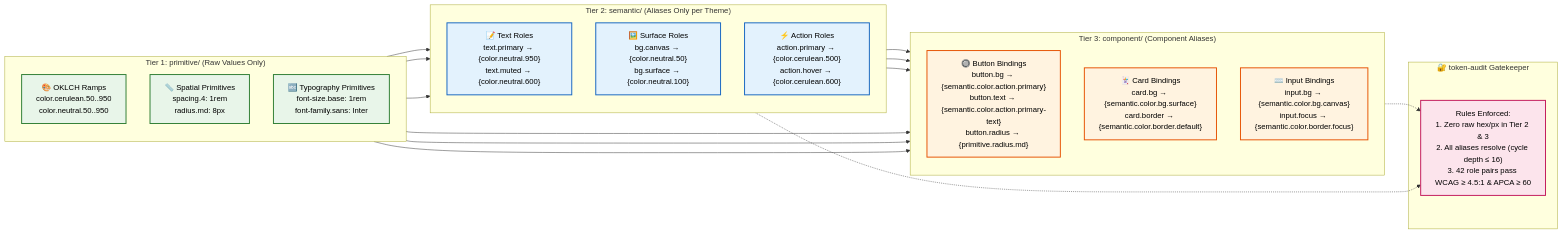
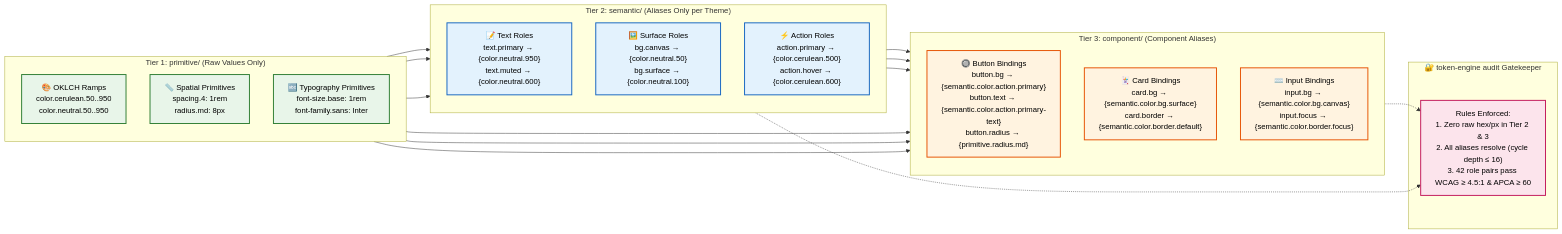
One commit to kamishino/token-engine-builder changed the third of 3 diagrams in ARCHITECTURE.md. Above: the diagram before and after it, drawn with Mermaid. The commit also changed other lines of this file and 139 other files, not shown here.

First line of the commit message:
refactor(skills): prune legacy skills and standardize on v2 architecture

````diff
--- a/ARCHITECTURE.md
+++ b/ARCHITECTURE.md
@@ -151,50 +152,50 @@
 ```mermaid
 graph LR
     subgraph Tier1 ["Tier 1: primitive/ (Raw Values Only)"]
         direction TB
         Ramps["🎨 OKLCH Ramps<br/>color.cerulean.50..950<br/>color.neutral.50..950"]
         Dims["📏 Spatial Primitives<br/>spacing.4: 1rem<br/>radius.md: 8px"]
         Type["🔤 Typography Primitives<br/>font-size.base: 1rem<br/>font-family.sans: Inter"]
     end
 
     subgraph Tier2 ["Tier 2: semantic/ (Aliases Only per Theme)"]
         direction TB
         SemText["📝 Text Roles<br/>text.primary → {color.neutral.950}<br/>text.muted → {color.neutral.600}"]
         SemBg["🖼️ Surface Roles<br/>bg.canvas → {color.neutral.50}<br/>bg.surface → {color.neutral.100}"]
         SemAction["⚡ Action Roles<br/>action.primary → {color.cerulean.500}<br/>action.hover → {color.cerulean.600}"]
     end
 
     subgraph Tier3 ["Tier 3: component/ (Component Aliases)"]
         direction TB
         Btn["🔘 Button Bindings<br/>button.bg → {semantic.color.action.primary}<br/>button.text → {semantic.color.action.primary-text}<br/>button.radius → {primitive.radius.md}"]
         Card["🃏 Card Bindings<br/>card.bg → {semantic.color.bg.surface}<br/>card.border → {semantic.color.border.default}"]
         Input["⌨️ Input Bindings<br/>input.bg → {semantic.color.bg.canvas}<br/>input.focus → {semantic.color.border.focus}"]
     end
 
-    subgraph Gate ["🔐 token-audit Gatekeeper"]
+    subgraph Gate ["🔐 token-engine audit Gatekeeper"]
         Enforce["Rules Enforced:<br/>1. Zero raw hex/px in Tier 2 & 3<br/>2. All aliases resolve (cycle depth ≤ 16)<br/>3. 42 role pairs pass WCAG ≥ 4.5:1 & APCA ≥ 60"]
     end
 
     Ramps --> SemText
     Ramps --> SemBg
     Ramps --> SemAction
     Dims --> Btn
     Dims --> Card
     Dims --> Input
     SemAction --> Btn
     SemBg --> Card
     SemBg --> Input
 
     Tier2 -.-> Enforce
     Tier3 -.-> Enforce
 
     classDef tier1 fill:#E8F5E9,stroke:#2E7D32,stroke-width:2px,color:#000
     classDef tier2 fill:#E3F2FD,stroke:#1565C0,stroke-width:2px,color:#000
     classDef tier3 fill:#FFF3E0,stroke:#E65100,stroke-width:2px,color:#000
     classDef gate fill:#FCE4EC,stroke:#C2185B,stroke-width:2px,color:#000
 
     class Ramps,Dims,Type tier1
     class SemText,SemBg,SemAction tier2
     class Btn,Card,Input tier3
     class Enforce gate
 ```
````
